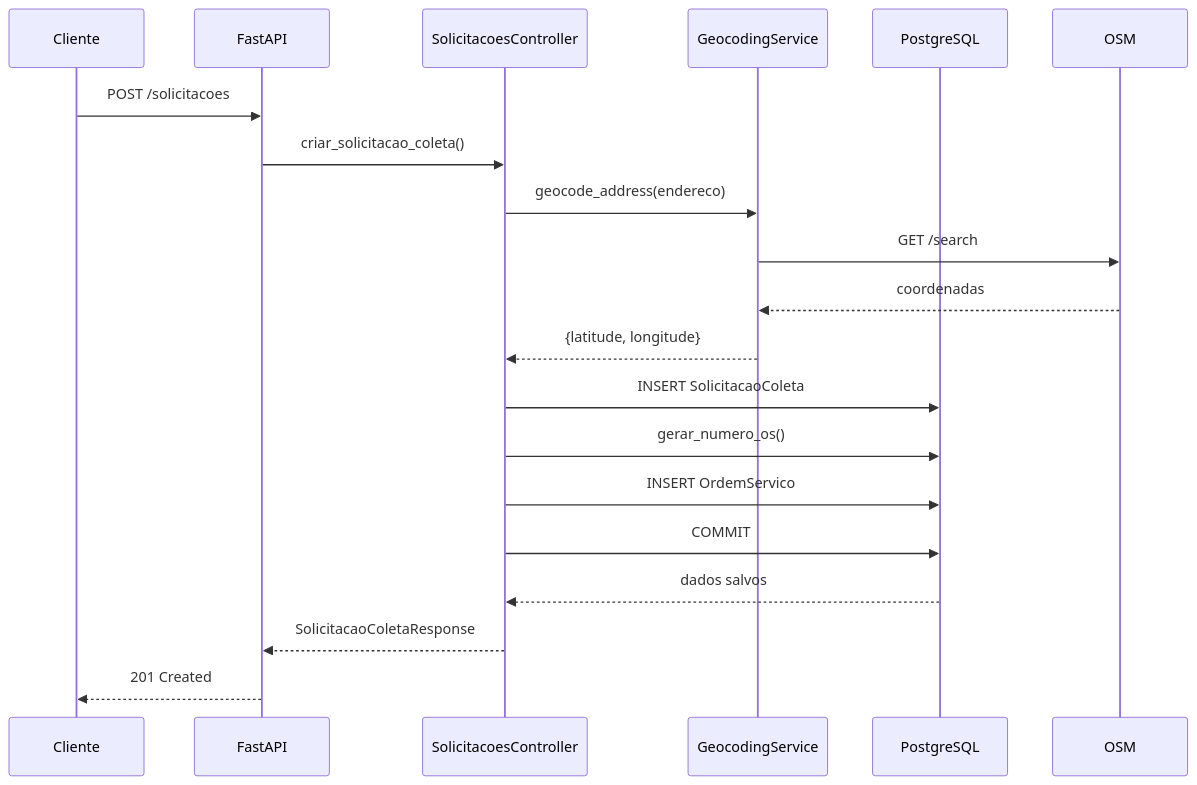
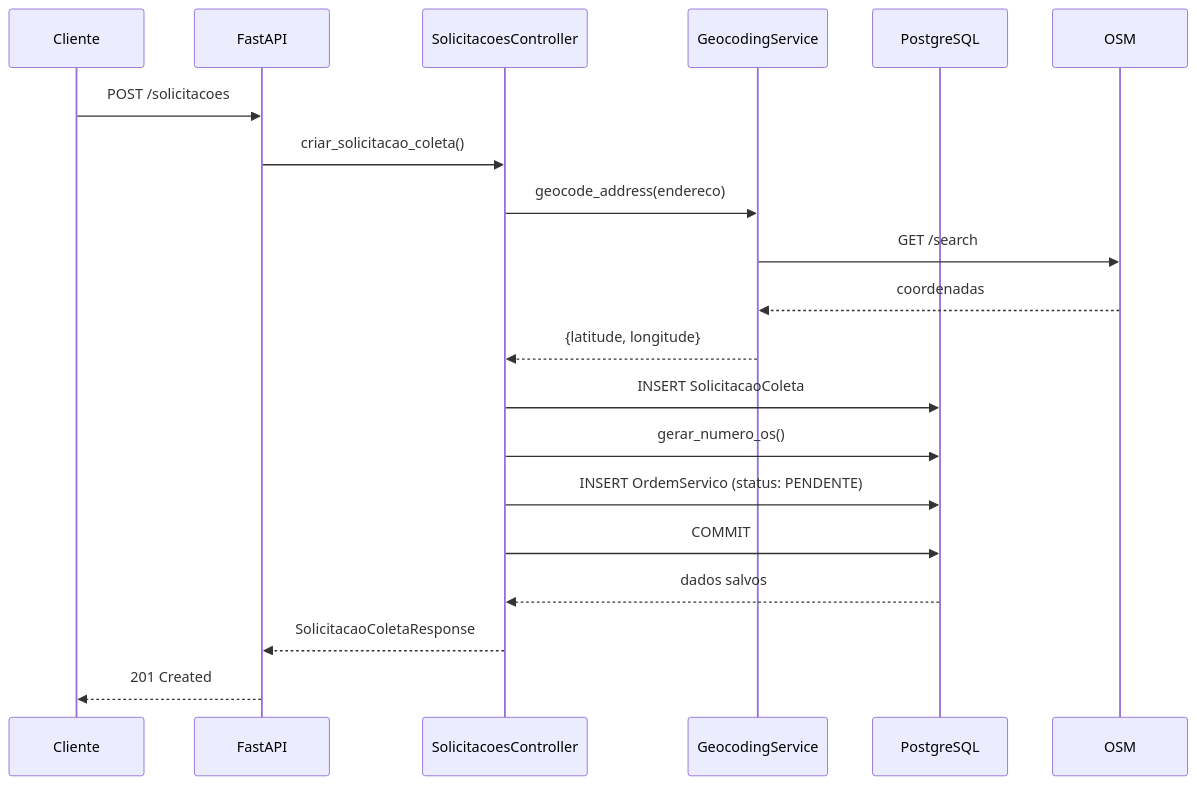
Before and after one commit to devsdeimpacto/backend: the third of 4 diagrams in README.md, drawn with Mermaid. The commit also changed other lines of this file and 4 other files, not shown here.

````diff
--- a/README.md
+++ b/README.md
@@ -149,22 +151,22 @@
 ```mermaid
 sequenceDiagram
     participant Cliente
     participant API as FastAPI
     participant Controller as SolicitacoesController
     participant Geocoding as GeocodingService
     participant DB as PostgreSQL
     
     Cliente->>API: POST /solicitacoes
     API->>Controller: criar_solicitacao_coleta()
     Controller->>Geocoding: geocode_address(endereco)
     Geocoding->>OSM: GET /search
     OSM-->>Geocoding: coordenadas
     Geocoding-->>Controller: {latitude, longitude}
     Controller->>DB: INSERT SolicitacaoColeta
     Controller->>DB: gerar_numero_os()
-    Controller->>DB: INSERT OrdemServico
+    Controller->>DB: INSERT OrdemServico (status: PENDENTE)
     Controller->>DB: COMMIT
     DB-->>Controller: dados salvos
     Controller-->>API: SolicitacaoColetaResponse
     API-->>Cliente: 201 Created
 ```
````
